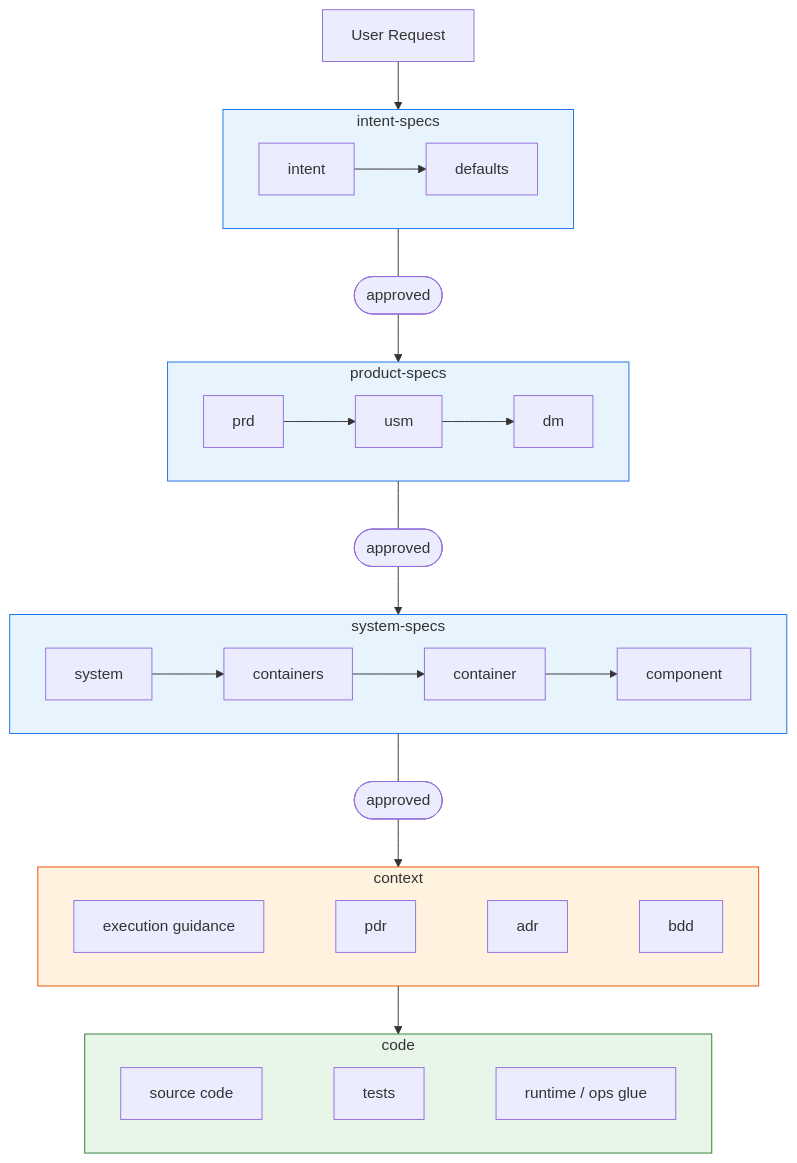
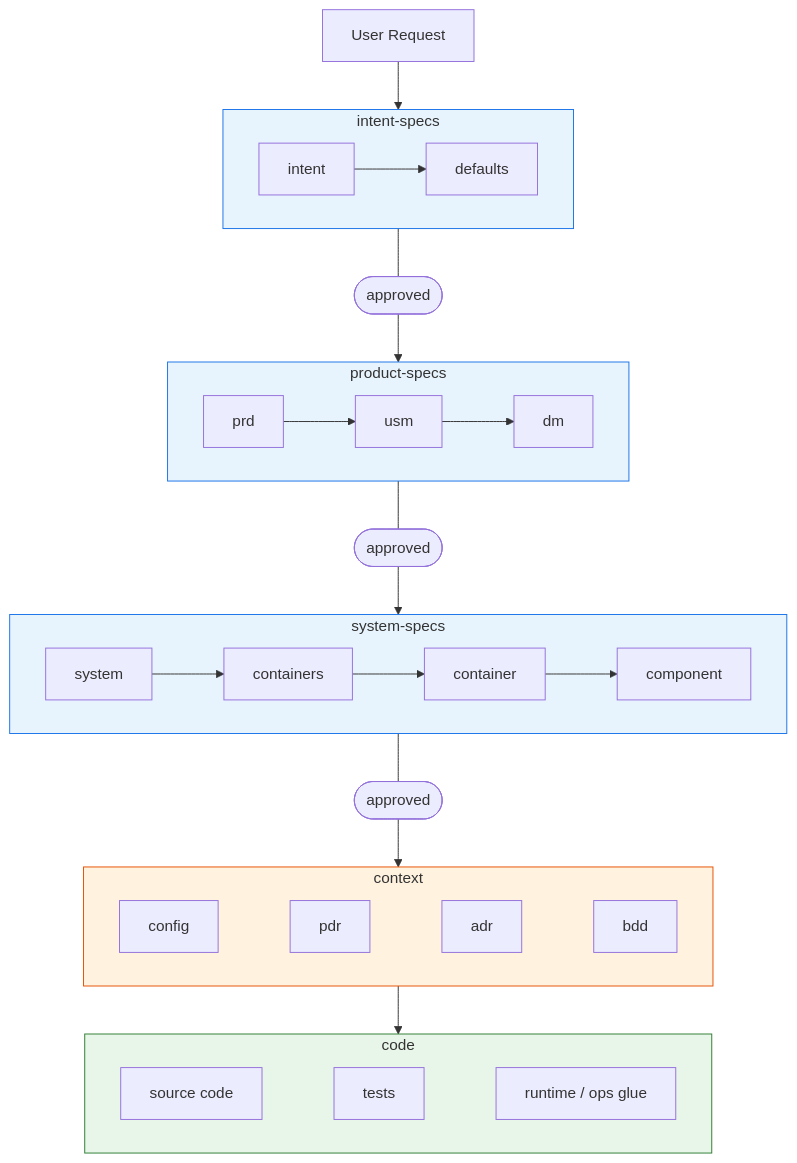
The first of 5 diagrams in v02/vibeloom-methodology.md (dahans-msft2/vibeloom-copilot-cli), drawn with Mermaid before and after one commit. The commit also changed other lines of this file and 1 other file, not shown here.

Commit message:
Simplify methodology graph diagram and switch Mermaid server

````diff
--- a/v02/vibeloom-methodology.md
+++ b/v02/vibeloom-methodology.md
@@ -65,42 +65,42 @@
 ```mermaid
 graph TD
     H[User Request] --> T1
 
     subgraph T1 [intent-specs]
         direction LR
         intent[intent] --> defaults[defaults]
     end
     T1 --- A1([approved])
 
     A1 --> T2
     subgraph T2 [product-specs]
         direction LR
         prd[prd] --> usm[usm] --> dm[dm]
     end
     T2 --- A2([approved])
 
     A2 --> T3
     subgraph T3 [system-specs]
         direction LR
         system[system] --> containers[containers] --> container[container] --> component[component]
     end
     T3 --- A3([approved])
 
     A3 --> T4
     subgraph T4 [context]
         direction LR
-        exec_guidance[execution guidance] ~~~ pdr[pdr] ~~~ adr[adr] ~~~ bdd[bdd]
+        config[config] ~~~ pdr[pdr] ~~~ adr[adr] ~~~ bdd[bdd]
     end
 
     T4 --> T5
     subgraph T5 [code]
         direction LR
         source[source code] ~~~ tests[tests] ~~~ ops[runtime / ops glue]
     end
 
     style T1 fill:#e8f4fd,stroke:#1a73e8
     style T2 fill:#e8f4fd,stroke:#1a73e8
     style T3 fill:#e8f4fd,stroke:#1a73e8
     style T4 fill:#fff3e0,stroke:#e65100
     style T5 fill:#e8f5e9,stroke:#2e7d32
 ```
````
